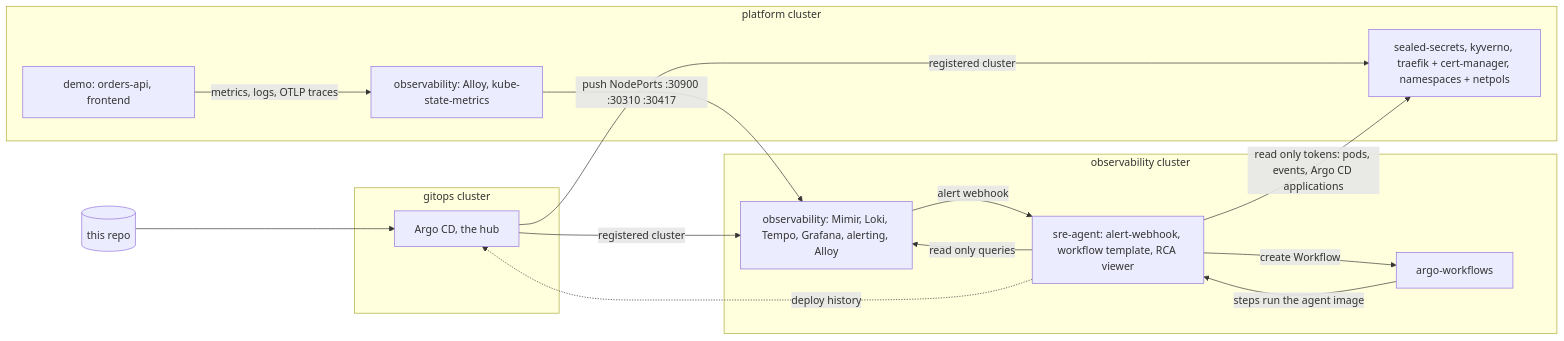
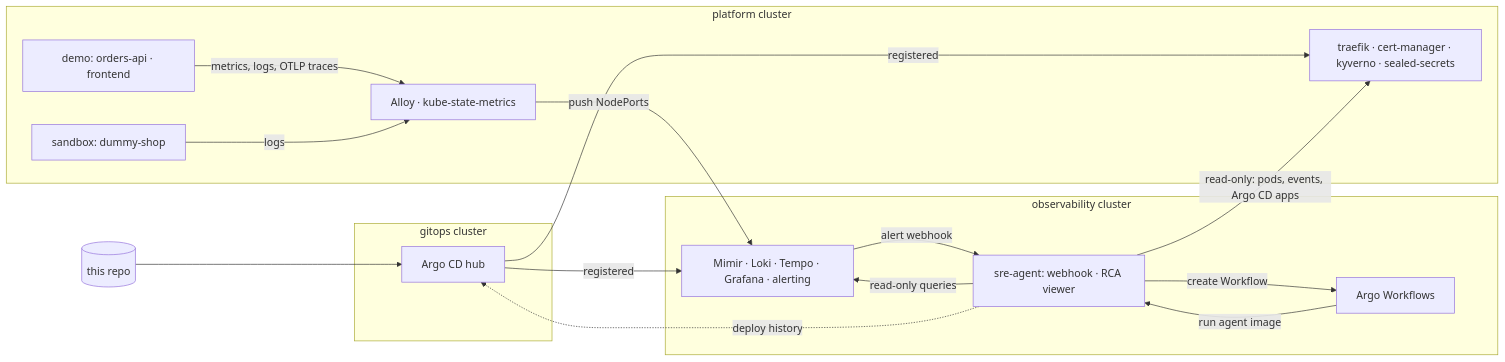
The diagram in README.md (krishnakant888/k8s-sre-platform), drawn with Mermaid before and after one commit. The commit also changed other lines of this file, not shown here.

````diff
--- a/README.md
+++ b/README.md
@@ -85,27 +84,29 @@
 ```mermaid
 flowchart LR
   Git[(this repo)] --> Argo
   subgraph gitops cluster
-    Argo[Argo CD, the hub]
+    Argo[Argo CD hub]
   end
   subgraph platform cluster
-    Platform[sealed-secrets, kyverno, traefik + cert-manager, namespaces + netpols]
-    Collect[observability: Alloy, kube-state-metrics]
-    Demo[demo: orders-api, frontend]
+    Platform[traefik · cert-manager · kyverno · sealed-secrets]
+    Demo[demo: orders-api · frontend]
+    Sandbox[sandbox: dummy-shop]
+    Collect[Alloy · kube-state-metrics]
     Demo -->|metrics, logs, OTLP traces| Collect
+    Sandbox -->|logs| Collect
   end
   subgraph observability cluster
-    Stack[observability: Mimir, Loki, Tempo, Grafana, alerting, Alloy]
-    AW[argo-workflows]
-    Agent[sre-agent: alert-webhook, workflow template, RCA viewer]
+    Stack[Mimir · Loki · Tempo · Grafana · alerting]
+    AW[Argo Workflows]
+    Agent[sre-agent: webhook · RCA viewer]
     Stack -->|alert webhook| Agent
     Agent -->|create Workflow| AW
-    AW -->|steps run the agent image| Agent
-    Agent -->|read only queries| Stack
+    AW -->|run agent image| Agent
+    Agent -->|read-only queries| Stack
   end
-  Argo -->|registered cluster| Platform
-  Argo -->|registered cluster| Stack
-  Collect -->|push NodePorts :30900 :30310 :30417| Stack
-  Agent -->|read only tokens: pods, events, Argo CD applications| Platform
+  Argo -->|registered| Platform
+  Argo -->|registered| Stack
+  Collect -->|push NodePorts| Stack
+  Agent -->|read-only: pods, events, Argo CD apps| Platform
   Agent -.->|deploy history| Argo
 ```
````
